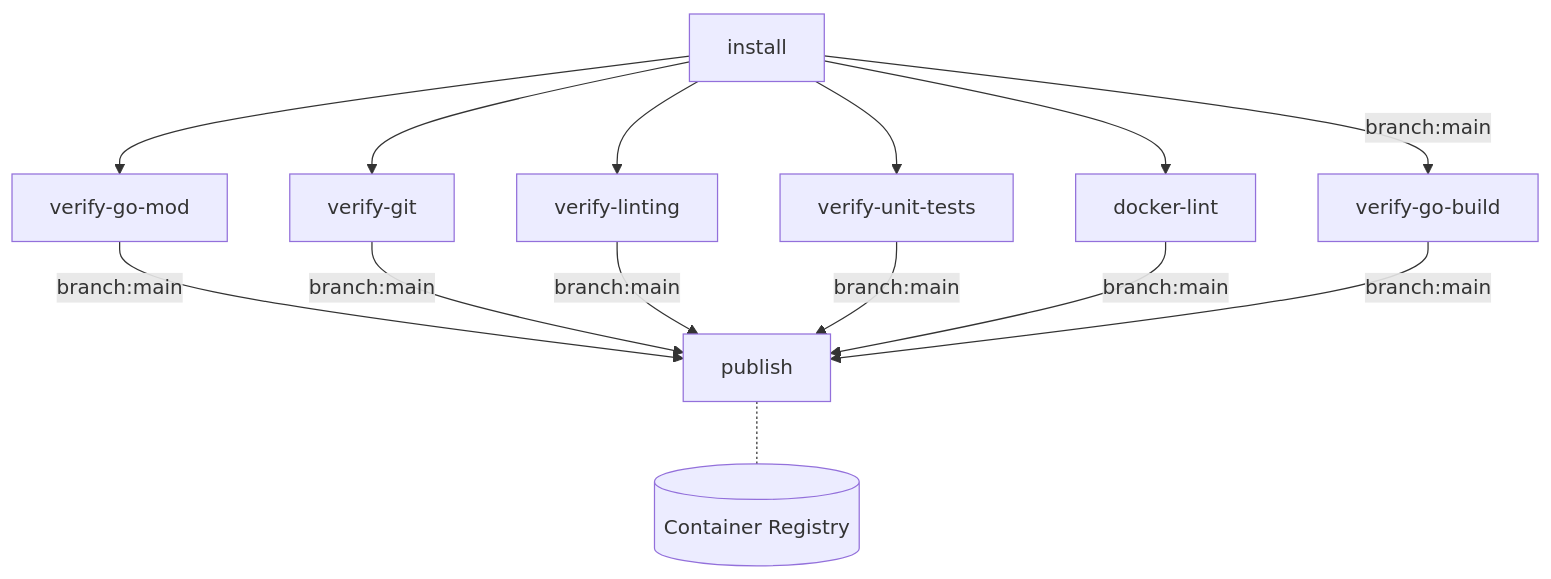
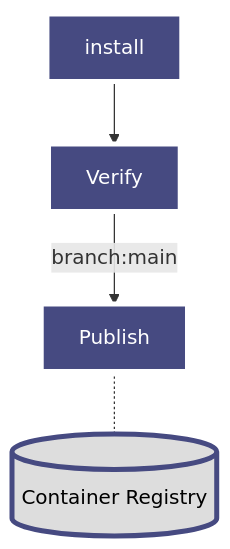
The first of 2 diagrams in .circleci/README.md (carbonaut-cloud/carbonaut), drawn with Mermaid before and after one commit. The commit also changed other lines of this file and 6 other files, not shown here.

````diff
--- a/.circleci/README.md
+++ b/.circleci/README.md
@@ -11,6 +11,10 @@
 ```mermaid
 flowchart
-    install --> verify-go-mod & verify-git & verify-linting & verify-unit-tests & docker-lint -->|branch:main| publish
-    install -->|branch:main| verify-go-build -->|branch:main| publish
-    publish -.- cr[(Container Registry)]
+    install --> verify[Verify] -->|branch:main| publish
+    publish[Publish] -.- cr[(Container Registry)]
+
+    classDef plain fill:#ddd,stroke:#464a81,stroke-width:4px,color:#000;
+    classDef carbonaut fill:#464a81,stroke:#fff,stroke-width:4px,color:#fff;
+    class GHCarbonaut,cr,storage plain;
+    class install,publish,verify carbonaut;
 ```
````
